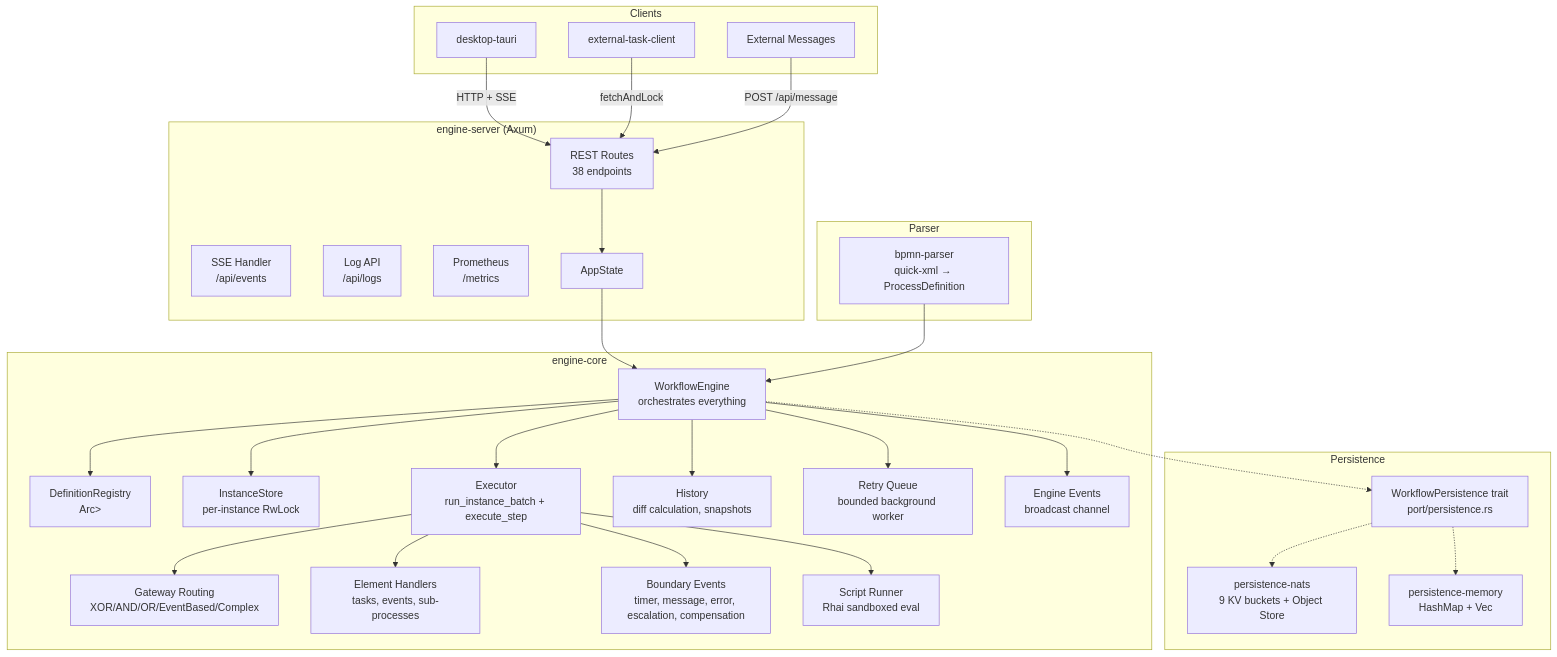
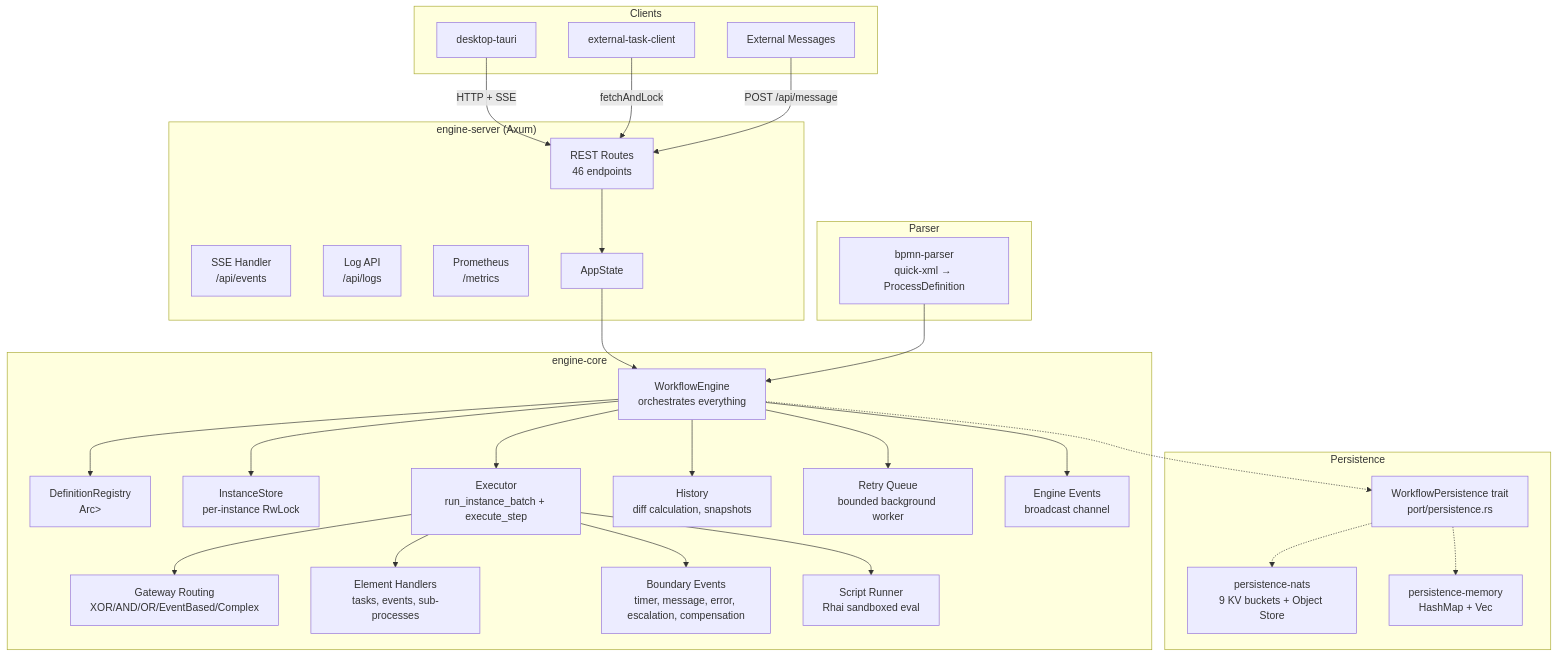
The diagram in docs/knowledge-base/architecture/components.md (maatini/bpmninja), drawn with Mermaid before and after one commit. The commit also changed 39 other files, not shown here.

````diff
--- a/docs/knowledge-base/architecture/components.md
+++ b/docs/knowledge-base/architecture/components.md
@@ -5,60 +5,60 @@
 ```mermaid
 flowchart TD
     subgraph Clients
         Desktop["desktop-tauri"]
         Worker["external-task-client"]
         Message["External Messages"]
     end
 
     subgraph "engine-server (Axum)"
-        REST["REST Routes<br>38 endpoints"]
+        REST["REST Routes<br>46 endpoints"]
         SSE["SSE Handler<br>/api/events"]
         Logs["Log API<br>/api/logs"]
         Metrics["Prometheus<br>/metrics"]
         State["AppState"]
     end
 
     subgraph "engine-core"
         Engine["WorkflowEngine<br>orchestrates everything"]
         DefReg["DefinitionRegistry<br>Arc<RwLock<HashMap>>"]
         InstStore["InstanceStore<br>per-instance RwLock"]
         Executor["Executor<br>run_instance_batch + execute_step"]
         Gateways["Gateway Routing<br>XOR/AND/OR/EventBased/Complex"]
         Handlers["Element Handlers<br>tasks, events, sub-processes"]
         Boundary["Boundary Events<br>timer, message, error, escalation, compensation"]
         Rhai["Script Runner<br>Rhai sandboxed eval"]
         History["History<br>diff calculation, snapshots"]
         Retry["Retry Queue<br>bounded background worker"]
         Events["Engine Events<br>broadcast channel"]
     end
 
     subgraph Persistence
         WP["WorkflowPersistence trait<br>port/persistence.rs"]
         NATS["persistence-nats<br>9 KV buckets + Object Store"]
         Mem["persistence-memory<br>HashMap + Vec"]
     end
 
     subgraph Parser
         BpmnParser["bpmn-parser<br>quick-xml → ProcessDefinition"]
     end
 
     Desktop -- HTTP + SSE --> REST
     Worker -- fetchAndLock --> REST
     Message -- POST /api/message --> REST
     REST --> State
     State --> Engine
     Engine --> DefReg
     Engine --> InstStore
     Engine --> Executor
     Executor --> Gateways
     Executor --> Handlers
     Executor --> Boundary
     Executor --> Rhai
     Engine --> History
     Engine --> Retry
     Engine --> Events
     Engine -.-> WP
     WP -.-> NATS
     WP -.-> Mem
     BpmnParser --> Engine
 ```
````
